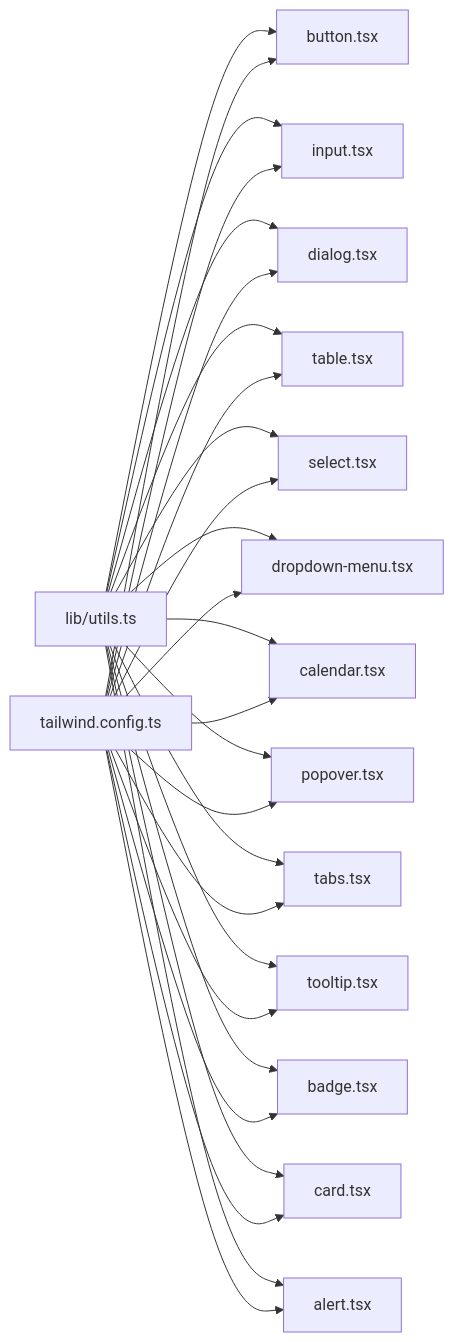
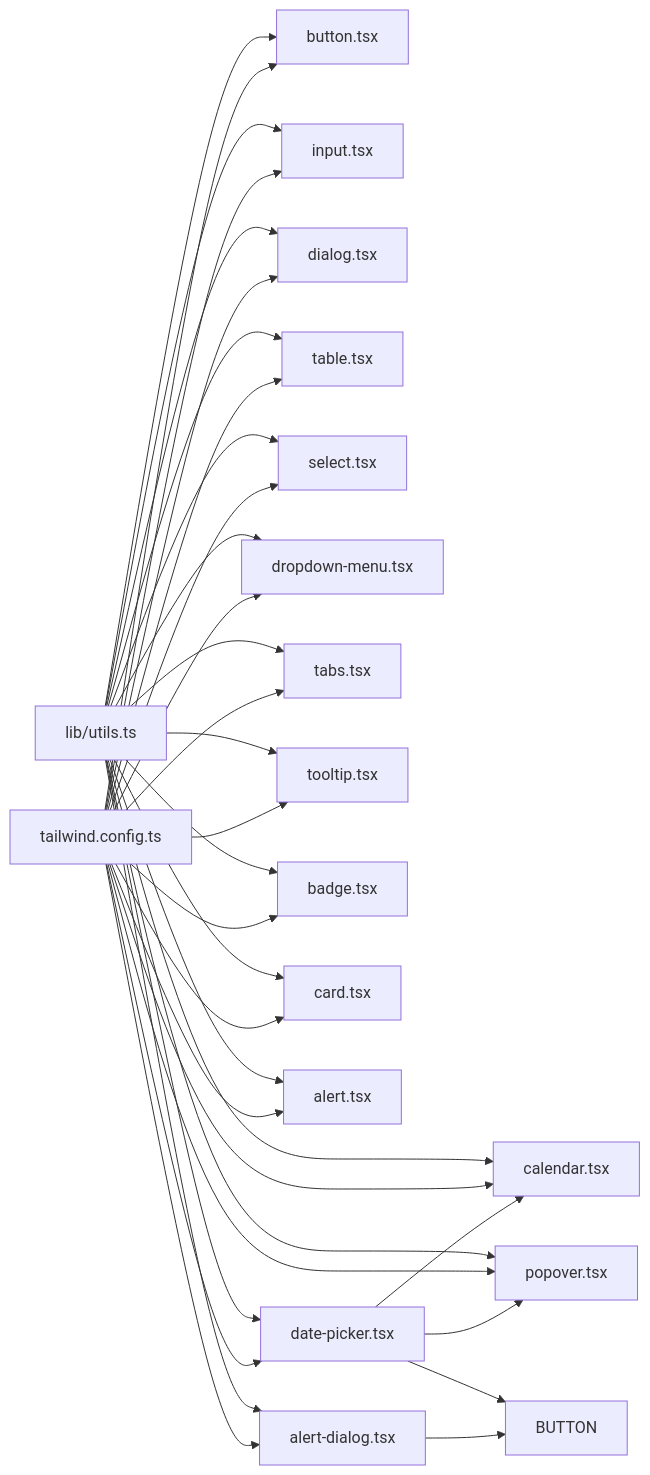
Before and after one commit to gujialind/InvestRing: the tenth of 10 diagrams in .qoder/repowiki/zh/content/前端应用架构/组件系统架构/UI组件库.md, drawn with Mermaid. The commit also changed other lines of this file and 97 other files, not shown here.

````diff
--- a/.qoder/repowiki/zh/content/前端应用架构/组件系统架构/UI组件库.md
+++ b/.qoder/repowiki/zh/content/前端应用架构/组件系统架构/UI组件库.md
@@ -416,29 +513,37 @@
 ```mermaid
 graph LR
 UTIL["lib/utils.ts"] --> BTN["button.tsx"]
 UTIL --> INP["input.tsx"]
 UTIL --> DIALOG["dialog.tsx"]
 UTIL --> TABLE["table.tsx"]
 UTIL --> SELECT["select.tsx"]
 UTIL --> DROPDOWN["dropdown-menu.tsx"]
 UTIL --> CALENDAR["calendar.tsx"]
 UTIL --> POPOVER["popover.tsx"]
 UTIL --> TABS["tabs.tsx"]
 UTIL --> TOOLTIP["tooltip.tsx"]
 UTIL --> BADGE["badge.tsx"]
 UTIL --> CARD["card.tsx"]
 UTIL --> ALERT["alert.tsx"]
+UTIL --> ALERT_DIALOG["alert-dialog.tsx"]
+UTIL --> DATE_PICKER["date-picker.tsx"]
 TW["tailwind.config.ts"] --> BTN
 TW --> INP
 TW --> DIALOG
 TW --> TABLE
 TW --> SELECT
 TW --> DROPDOWN
 TW --> CALENDAR
 TW --> POPOVER
 TW --> TABS
 TW --> TOOLTIP
 TW --> BADGE
 TW --> CARD
 TW --> ALERT
+TW --> ALERT_DIALOG
+TW --> DATE_PICKER
+DATE_PICKER --> POPOVER
+DATE_PICKER --> CALENDAR
+DATE_PICKER --> BUTTON
+ALERT_DIALOG --> BUTTON
 ```
````
